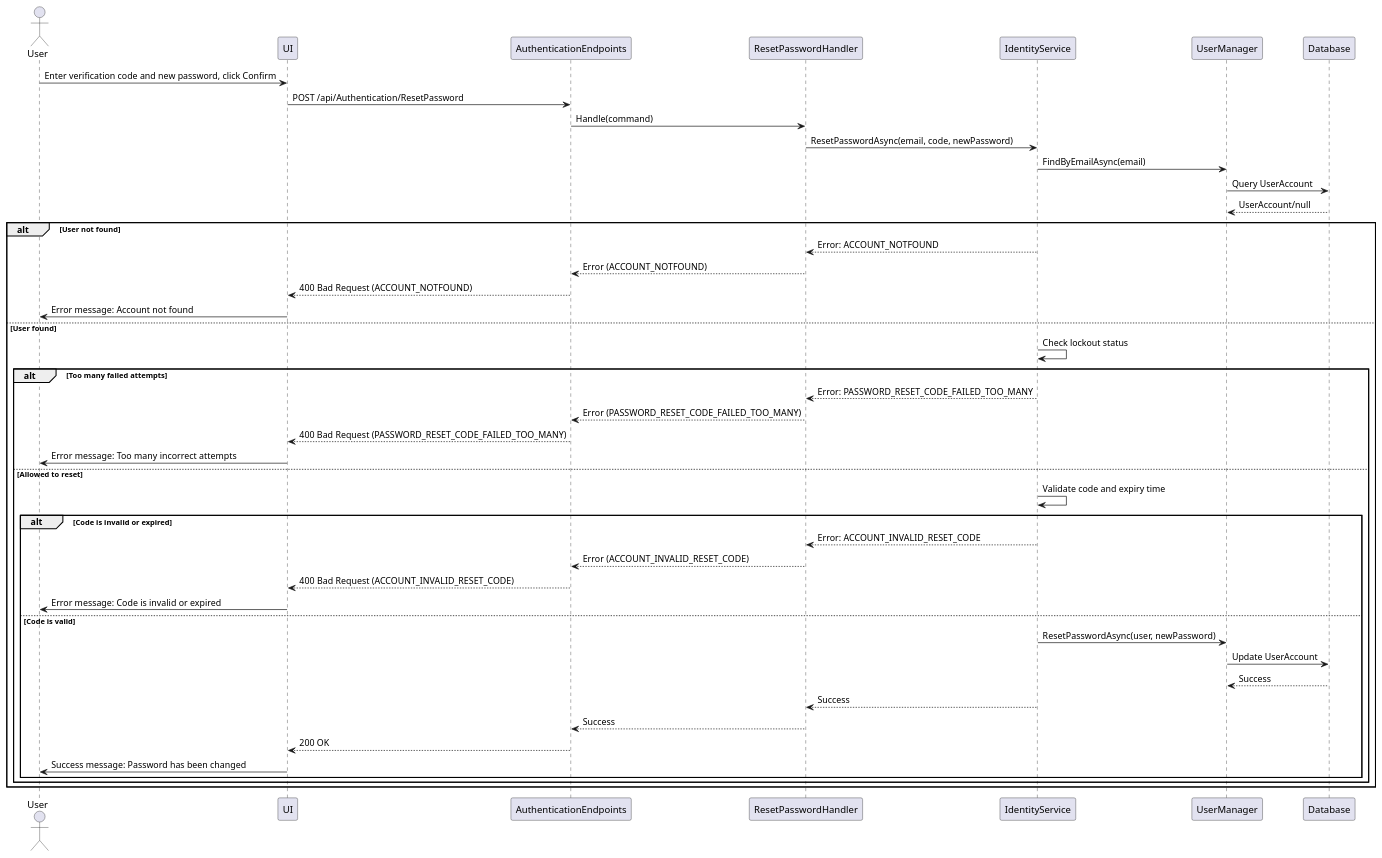
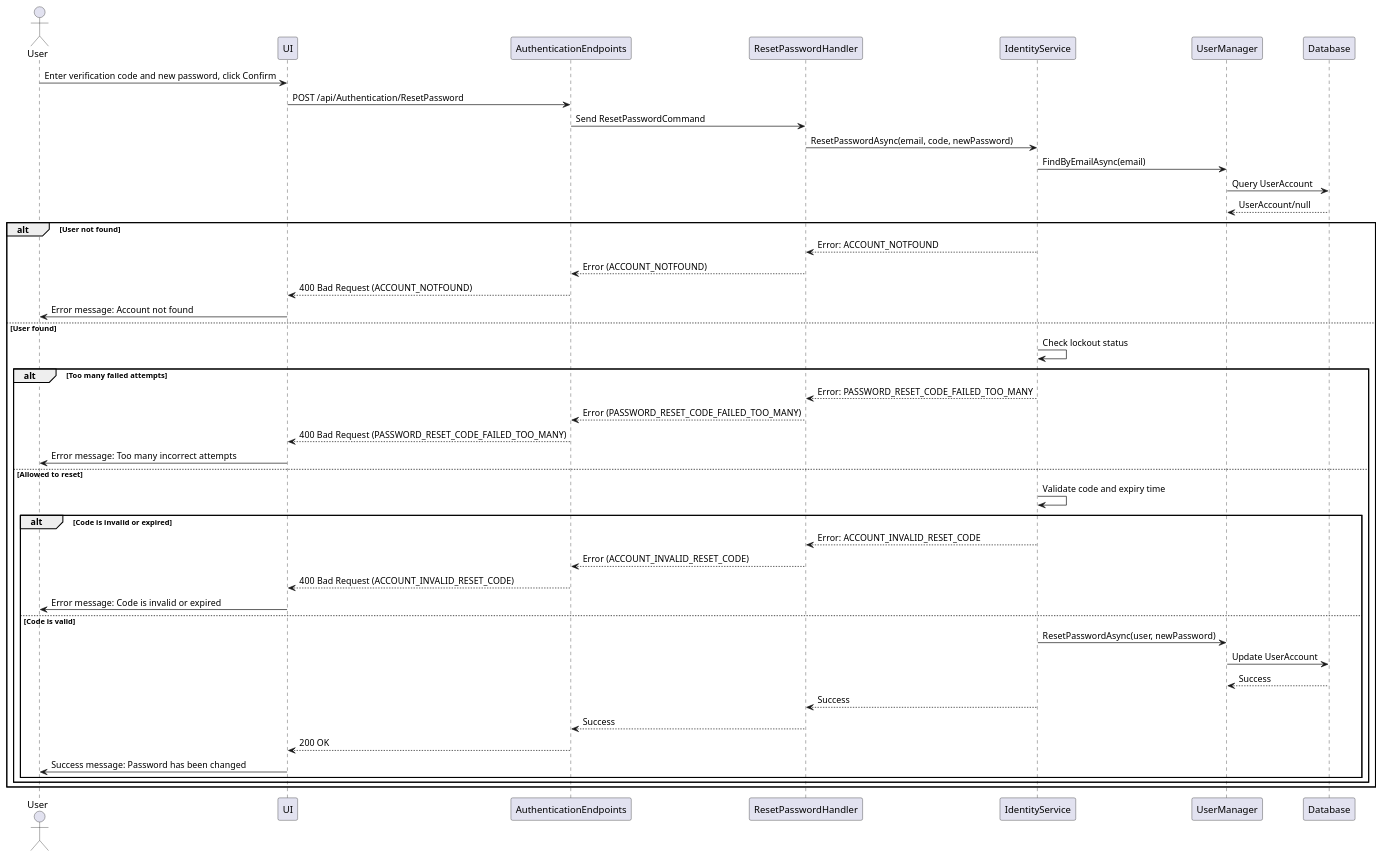
Before and after one commit to thanhkhac/SEP_Diagram: the diagram in authentication/Sequence/09_ResetPassword.puml, drawn with PlantUML. The commit also changed 11 other files, not shown here.

First line of the commit message:
Update authentication sequence diagrams and add SetPassword flow

```diff
--- a/authentication/Sequence/09_ResetPassword.puml
+++ b/authentication/Sequence/09_ResetPassword.puml
@@ -1,48 +1,48 @@
 @startuml
 actor User
 participant UI
 participant AuthenticationEndpoints
 participant ResetPasswordHandler
 participant IdentityService
 participant UserManager
 participant Database
 
 User -> UI : Enter verification code and new password, click Confirm
 UI -> AuthenticationEndpoints : POST /api/Authentication/ResetPassword
-AuthenticationEndpoints -> ResetPasswordHandler : Handle(command)
+AuthenticationEndpoints -> ResetPasswordHandler : Send ResetPasswordCommand
 ResetPasswordHandler -> IdentityService : ResetPasswordAsync(email, code, newPassword)
 IdentityService -> UserManager : FindByEmailAsync(email)
 UserManager -> Database : Query UserAccount
 Database --> UserManager : UserAccount/null
 
 alt User not found
     IdentityService --> ResetPasswordHandler : Error: ACCOUNT_NOTFOUND
     ResetPasswordHandler --> AuthenticationEndpoints : Error (ACCOUNT_NOTFOUND)
     AuthenticationEndpoints --> UI : 400 Bad Request (ACCOUNT_NOTFOUND)
     UI -> User : Error message: Account not found
 else User found
     IdentityService -> IdentityService : Check lockout status
     alt Too many failed attempts
         IdentityService --> ResetPasswordHandler : Error: PASSWORD_RESET_CODE_FAILED_TOO_MANY
         ResetPasswordHandler --> AuthenticationEndpoints : Error (PASSWORD_RESET_CODE_FAILED_TOO_MANY)
         AuthenticationEndpoints --> UI : 400 Bad Request (PASSWORD_RESET_CODE_FAILED_TOO_MANY)
         UI -> User : Error message: Too many incorrect attempts
     else Allowed to reset
         IdentityService -> IdentityService : Validate code and expiry time
         alt Code is invalid or expired
             IdentityService --> ResetPasswordHandler : Error: ACCOUNT_INVALID_RESET_CODE
             ResetPasswordHandler --> AuthenticationEndpoints : Error (ACCOUNT_INVALID_RESET_CODE)
             AuthenticationEndpoints --> UI : 400 Bad Request (ACCOUNT_INVALID_RESET_CODE)
             UI -> User : Error message: Code is invalid or expired
         else Code is valid
             IdentityService -> UserManager : ResetPasswordAsync(user, newPassword)
             UserManager -> Database : Update UserAccount
             Database --> UserManager : Success
             IdentityService --> ResetPasswordHandler : Success
             ResetPasswordHandler --> AuthenticationEndpoints : Success
             AuthenticationEndpoints --> UI : 200 OK
             UI -> User : Success message: Password has been changed
         end
     end
 end
 @enduml
```
